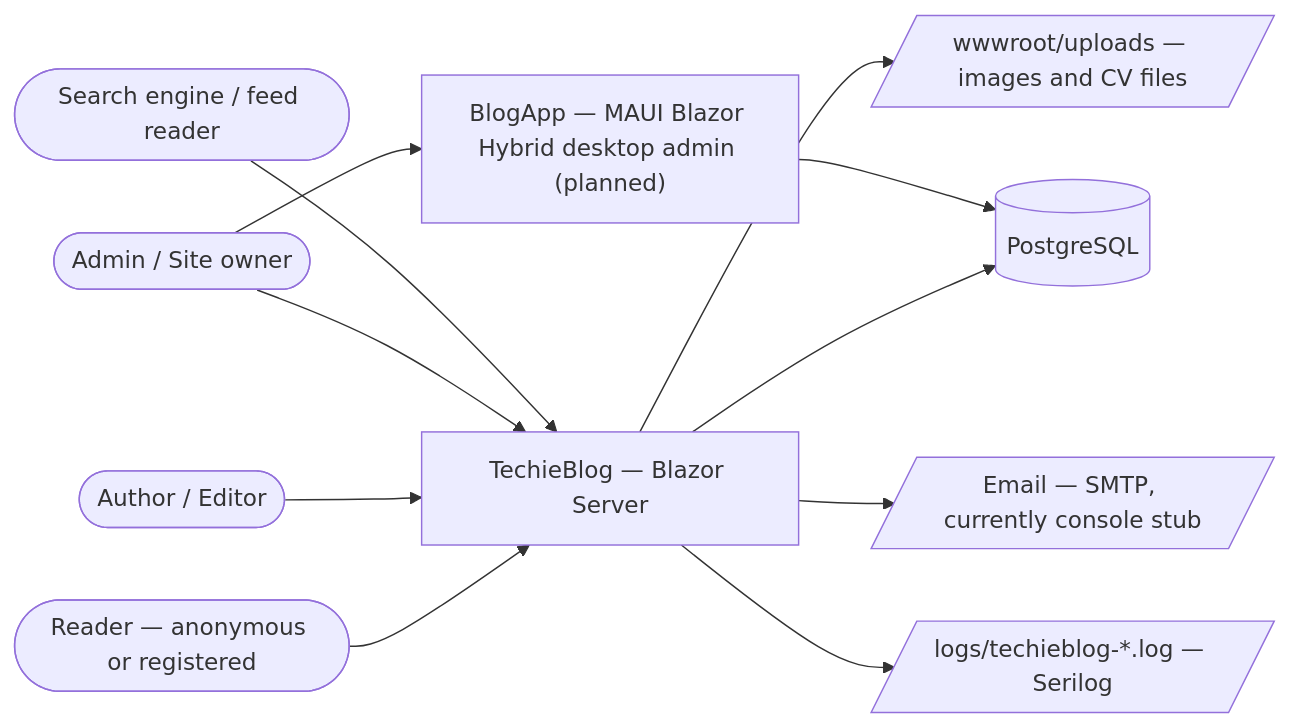
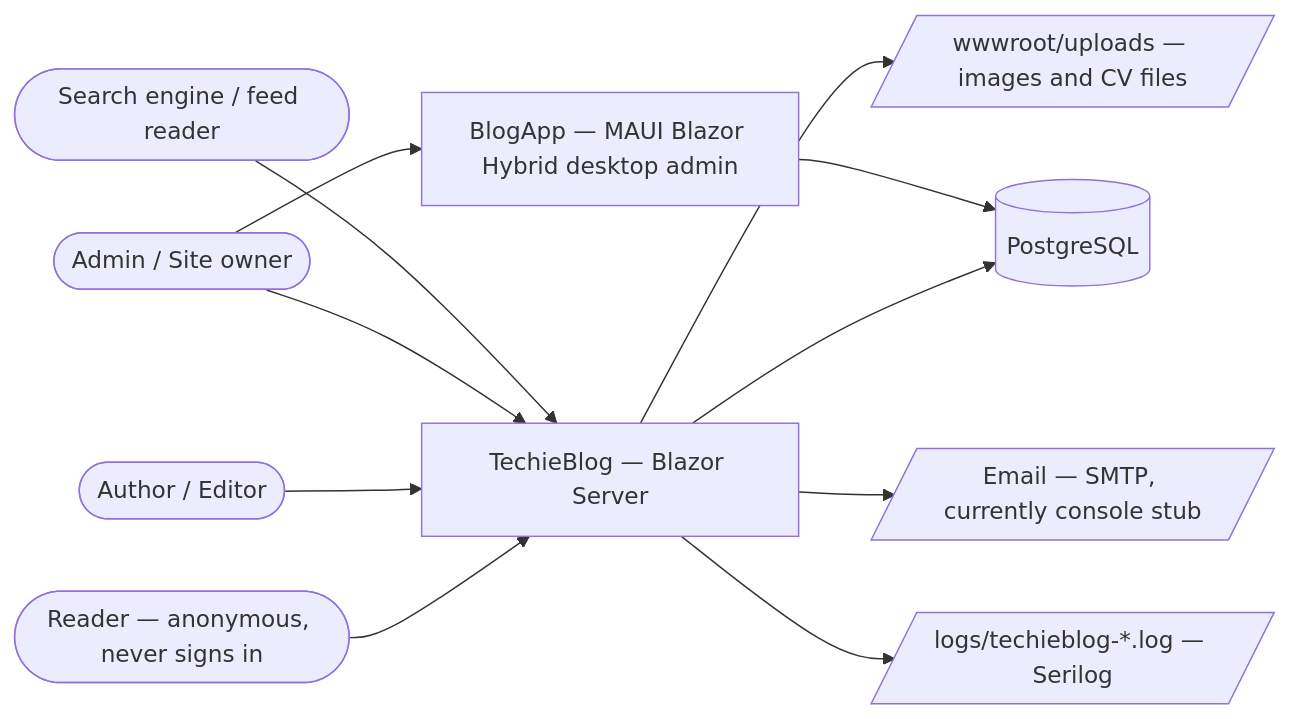
One commit to techierathore/TechieBlog changed the first of 9 diagrams in docs/TechieBlog-BRD.md. Above: the diagram before and after it, drawn with Mermaid. The commit also changed other lines of this file and 110 other files, not shown here.

Commit message:
Updated Deployment Pipeline and streamlines application architecture.

````diff
--- a/docs/TechieBlog-BRD.md
+++ b/docs/TechieBlog-BRD.md
@@ -214,13 +211,13 @@
 ```mermaid
 flowchart LR
-  Reader(["Reader — anonymous or registered"]) --> App["TechieBlog — Blazor Server"]
+  Reader(["Reader — anonymous, never signs in"]) --> App["TechieBlog — Blazor Server"]
   Author(["Author / Editor"]) --> App
   Admin(["Admin / Site owner"]) --> App
   Crawler(["Search engine / feed reader"]) --> App
   App --> DB[("PostgreSQL")]
-  Admin --> Desk["BlogApp — MAUI Blazor Hybrid desktop admin (planned)"]
+  Admin --> Desk["BlogApp — MAUI Blazor Hybrid desktop admin"]
   Desk --> DB
   App --> Files[/"wwwroot/uploads — images and CV files"/]
   App --> Mail[/"Email — SMTP, currently console stub"/]
   App --> Logs[/"logs/techieblog-*.log — Serilog"/]
 ```
````
